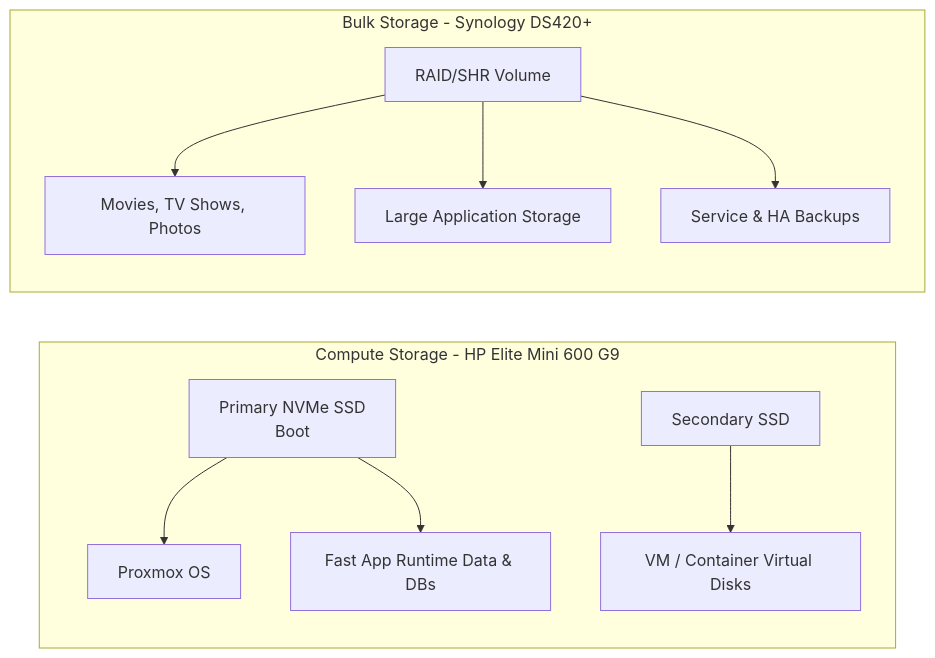
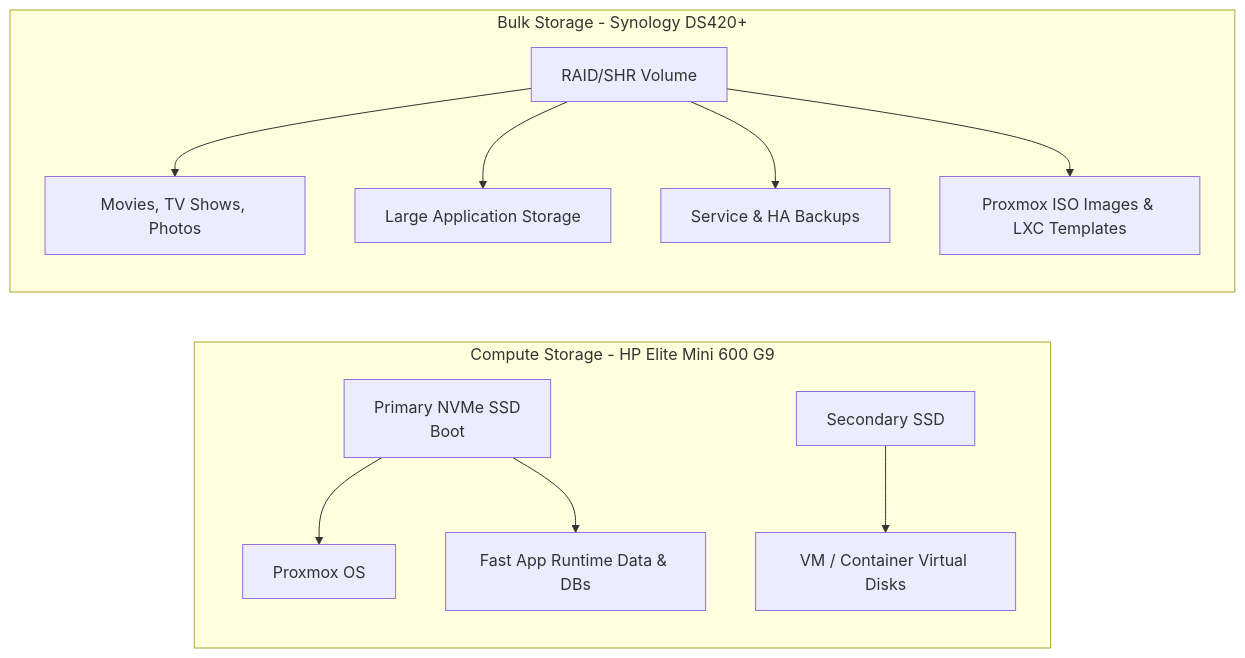
One commit to Rhod3/homelab changed the first of 3 diagrams in docs/storage-strategy.md. Above: the diagram before and after it, drawn with Mermaid. The commit also changed other lines of this file and 2 other files, not shown here.

````diff
--- a/docs/storage-strategy.md
+++ b/docs/storage-strategy.md
@@ -9,17 +9,18 @@
 ```mermaid
 flowchart LR
     subgraph Compute Storage - HP Elite Mini 600 G9
         NVMe[Primary NVMe SSD<br/>Boot]
         SSD2[Secondary SSD]
         NVMe --> PVE[Proxmox OS]
         NVMe --> AppData[Fast App Runtime Data & DBs]
         SSD2 --> VMDisks[VM / Container Virtual Disks]
     end
 
     subgraph Bulk Storage - Synology DS420+
         Volume[RAID/SHR Volume]
         Volume --> Media[Movies, TV Shows, Photos]
         Volume --> LargeData[Large Application Storage]
         Volume --> Backups[Service & HA Backups]
+        Volume --> Templates[Proxmox ISO Images & LXC Templates]
     end
 ```
````
